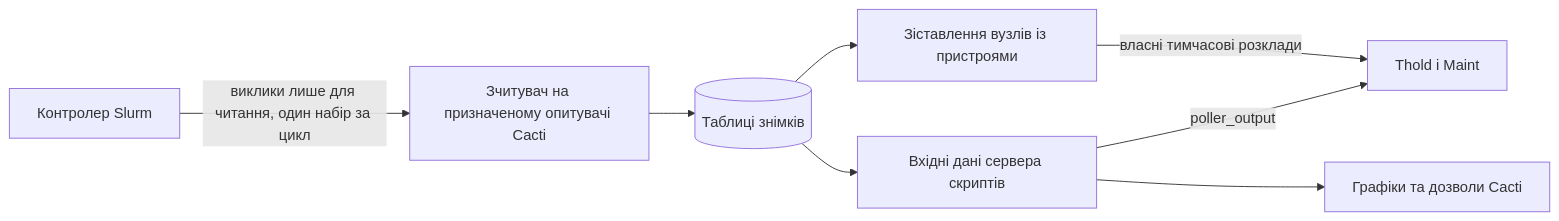
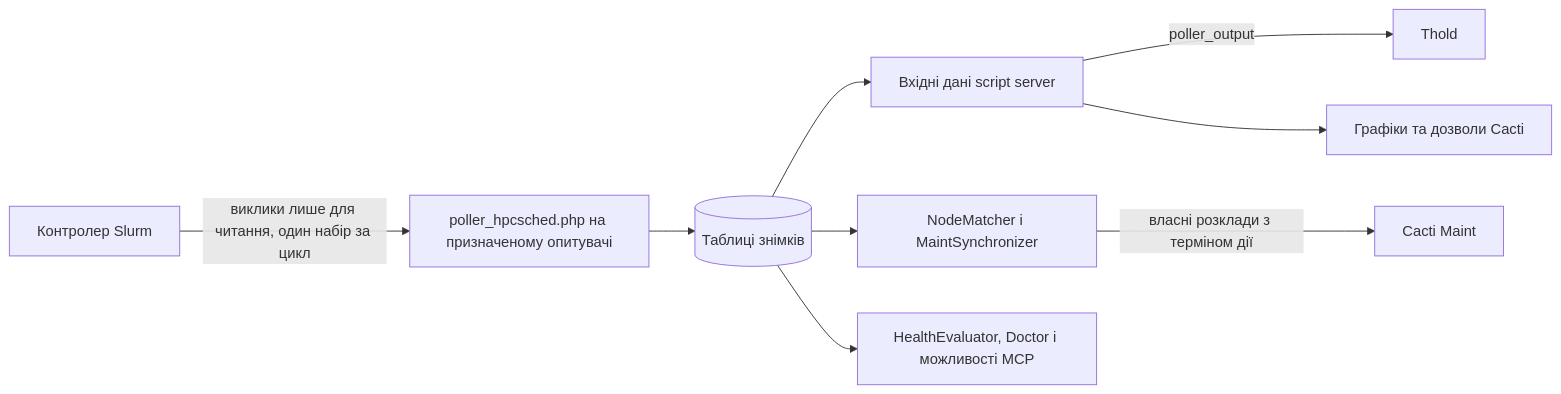
Before and after one commit to somethingwithproof/plugin_hpcsched: the diagram in docs/i18n/uk-UA/README.md, drawn with Mermaid. The commit also changed other lines of this file and 48 other files, not shown here.

````diff
--- a/docs/i18n/uk-UA/README.md
+++ b/docs/i18n/uk-UA/README.md
@@ -99,10 +163,11 @@
 ```mermaid
 flowchart LR
-    S[Контролер Slurm] -->|виклики лише для читання, один набір за цикл| R[Зчитувач на призначеному опитувачі Cacti]
+    S[Контролер Slurm] -->|виклики лише для читання, один набір за цикл| R[poller_hpcsched.php на призначеному опитувачі]
     R --> SNAP[(Таблиці знімків)]
-    SNAP --> SS[Вхідні дані сервера скриптів]
-    SS -->|poller_output| T[Thold і Maint]
+    SNAP --> SS[Вхідні дані script server]
+    SS -->|poller_output| T[Thold]
     SS --> G[Графіки та дозволи Cacti]
-    SNAP --> MAP[Зіставлення вузлів із пристроями]
-    MAP -->|власні тимчасові розклади| T
+    SNAP --> MAP[NodeMatcher і MaintSynchronizer]
+    MAP -->|власні розклади з терміном дії| M[Cacti Maint]
+    SNAP --> H[HealthEvaluator, Doctor і можливості MCP]
 ```
````
